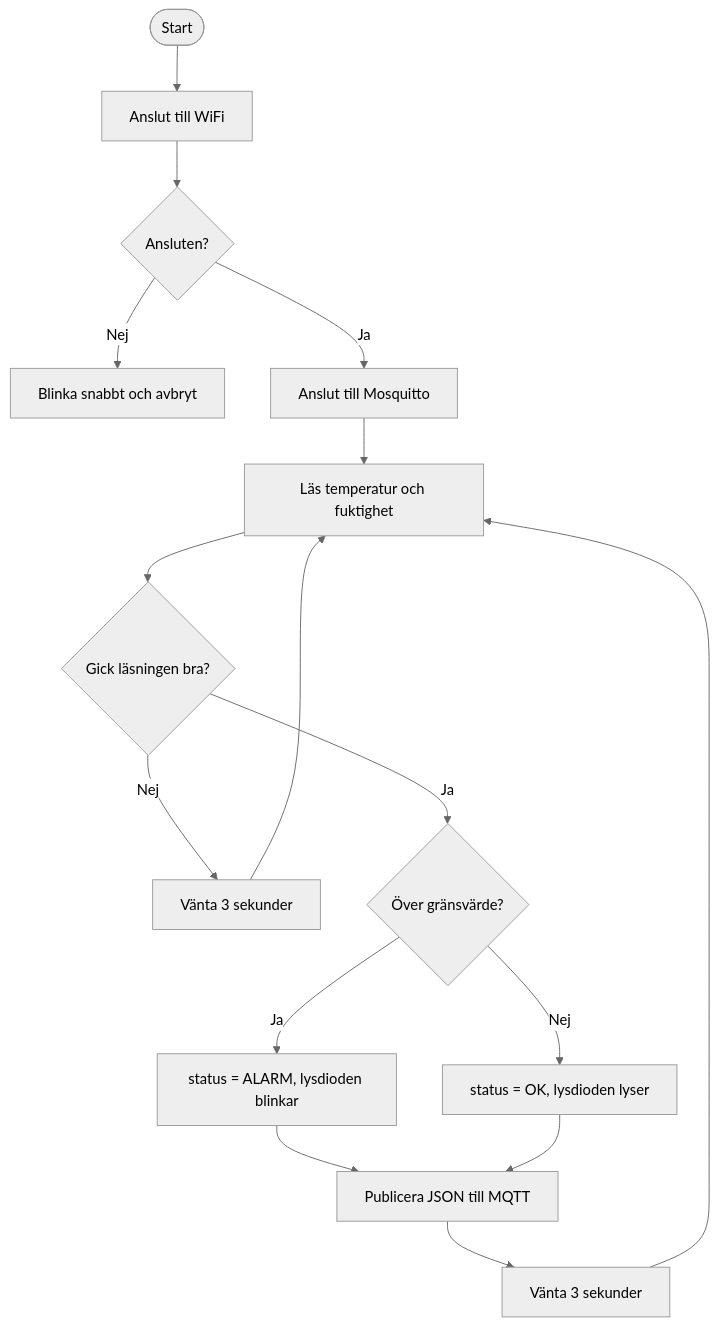
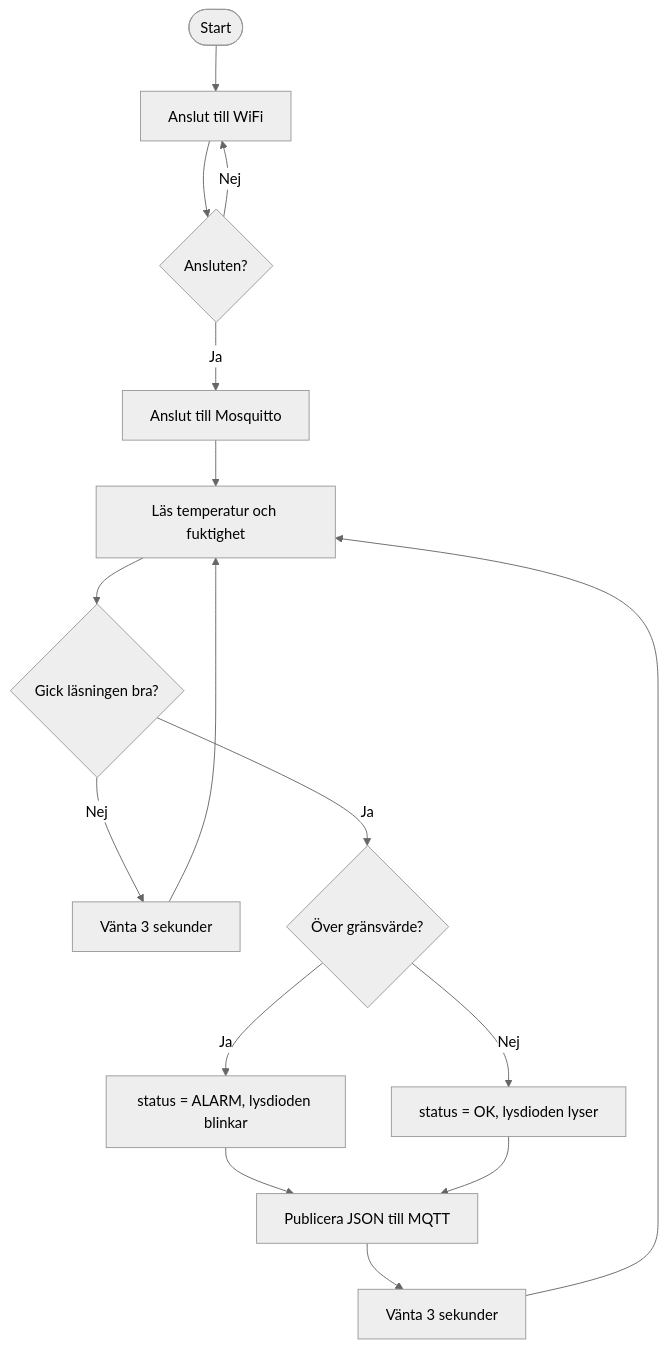
The second of 2 diagrams in README.md (hencyber/pico-serverrum), drawn with Mermaid (neutral theme) before and after one commit. The commit also changed other lines of this file and 4 other files, not shown here.

````diff
--- a/README.md
+++ b/README.md
@@ -57,18 +57,18 @@
 ```mermaid
 flowchart TD
     Start([Start]) --> Wifi[Anslut till WiFi]
     Wifi --> Wifi_ok{Ansluten?}
-    Wifi_ok -->|Nej| Blink[Blinka snabbt och avbryt]
+    Wifi_ok -->|Nej| Wifi
     Wifi_ok -->|Ja| Mqtt[Anslut till Mosquitto]
     Mqtt --> Read[Läs temperatur och fuktighet]
     Read --> Error{Gick läsningen bra?}
     Error -->|Nej| Wait[Vänta 3 sekunder]
     Wait --> Read
     Error -->|Ja| Check{Över gränsvärde?}
     Check -->|Ja| Red[status = ALARM, lysdioden blinkar]
     Check -->|Nej| Green[status = OK, lysdioden lyser]
     Red --> Publish[Publicera JSON till MQTT]
     Green --> Publish
     Publish --> Sleep[Vänta 3 sekunder]
     Sleep --> Read
 ```
````
